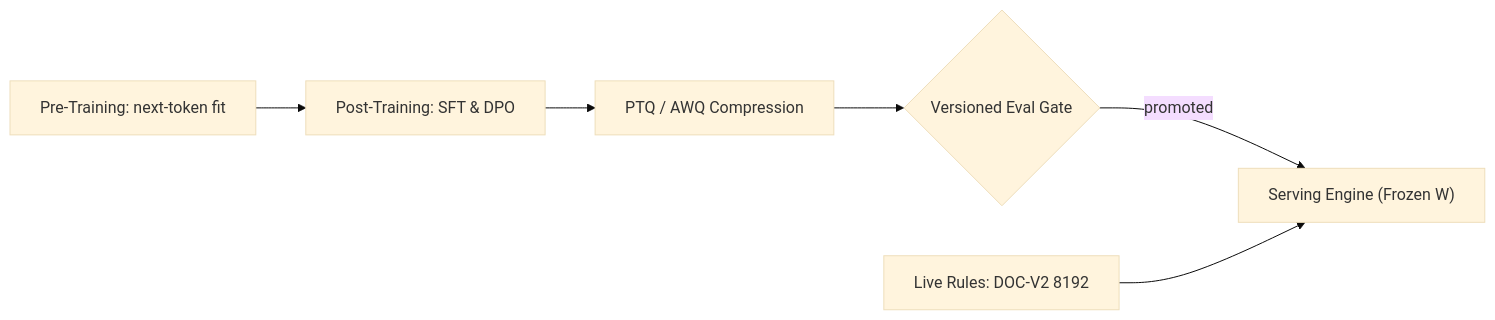
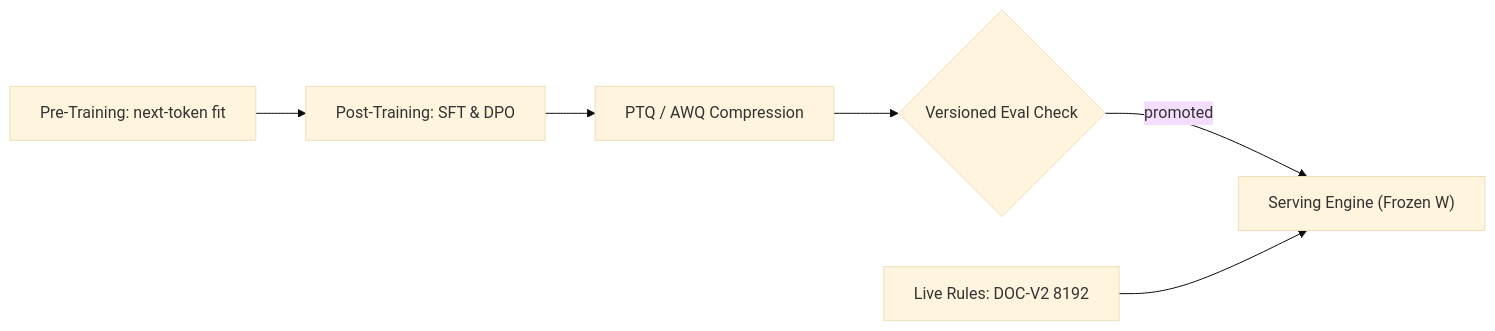
One commit to bvolpato/leetllm changed the diagram in web/src/content/preparation/llm-lifecycle-training-to-deployment/content.md. Above: the diagram before and after it, drawn with Mermaid (base theme). The commit also changed other lines of this file and 23 other files, not shown here.

````diff
--- a/web/src/content/preparation/llm-lifecycle-training-to-deployment/content.md
+++ b/web/src/content/preparation/llm-lifecycle-training-to-deployment/content.md
@@ -54,8 +57,8 @@
 ```mermaid
 flowchart LR
     PT["Pre-Training: next-token fit"]:::primary --> SFT["Post-Training: SFT & DPO"]:::secondary
     SFT --> CMP["PTQ / AWQ Compression"]:::highlight
-    CMP --> EV{"Versioned Eval Gate"}:::warning
+    CMP --> EV{"Versioned Eval Check"}:::warning
     EV -- "promoted" --> SRV["Serving Engine (Frozen W)"]:::primary
     CTX["Live Rules: DOC-V2 8192"]:::secondary --> SRV
 ```
````
